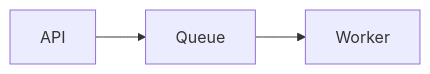
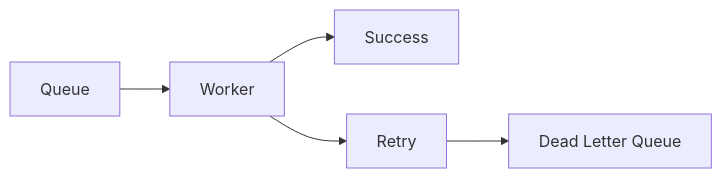
The ninth of 10 diagrams in systemdesign/8. Reliability and Fault Tolerance/How.md (dbajajmnk/systemdesign), drawn with Mermaid before and after one commit. The commit also changed other lines of this file and 4 other files, not shown here.

````diff
--- a/systemdesign/8. Reliability and Fault Tolerance/How.md
+++ b/systemdesign/8. Reliability and Fault Tolerance/How.md
@@ -253,4 +343,11 @@
 ```mermaid
 flowchart LR
-    API --> Queue --> Worker
+
+Queue --> Worker
+
+Worker --> Success
+
+Worker --> Retry
+
+Retry --> DLQ[Dead Letter Queue]
 ```
````
